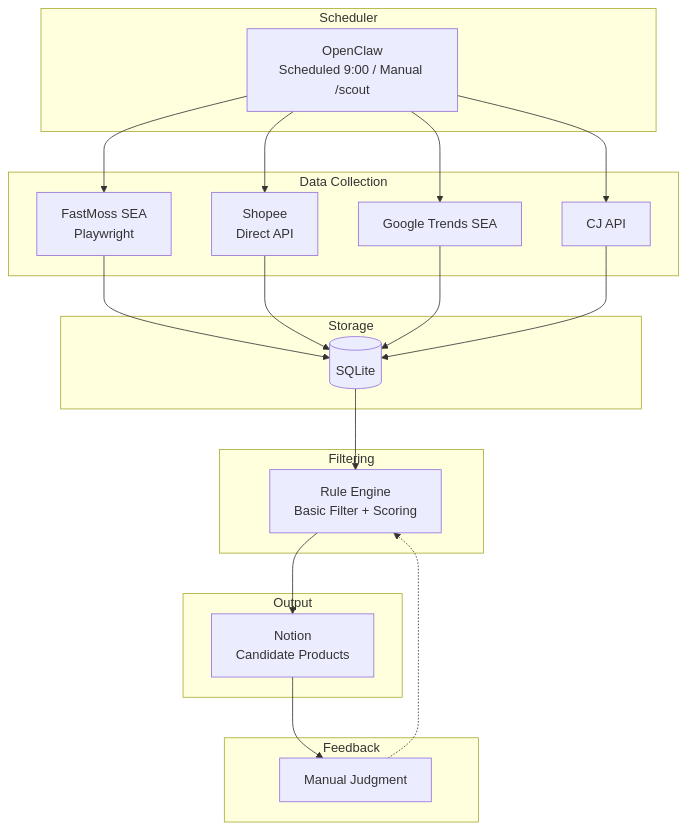
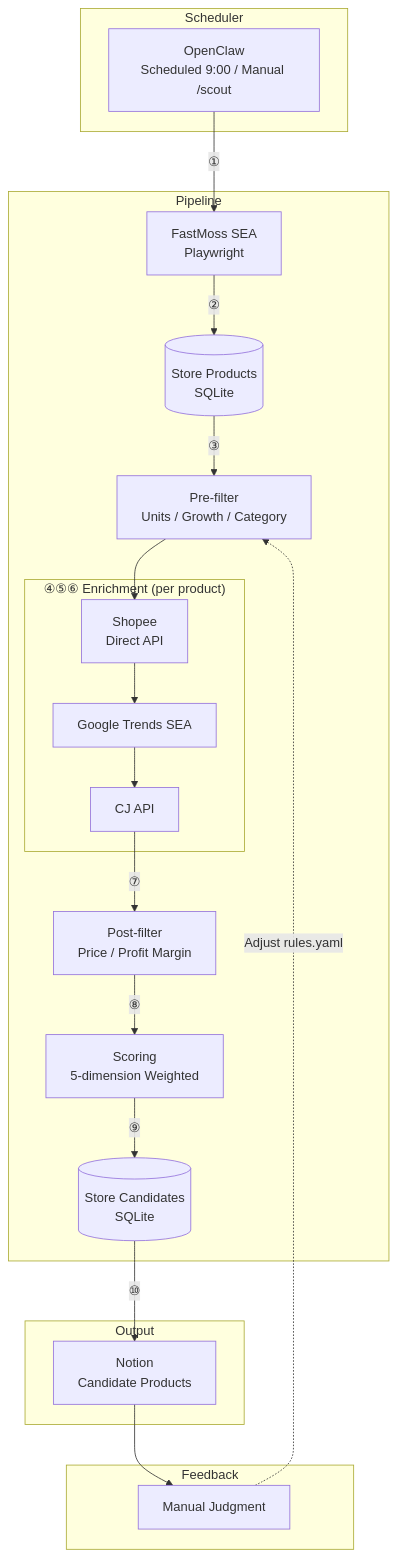
The diagram in docs/design.md (maoku-family/product-scout), drawn with Mermaid before and after one commit. The commit also changed other lines of this file, not shown here.

Commit message:
docs: finalize design.md simplification
- Merge architecture diagram and data flow into single numbered Mermaid chart (①-⑩)
- Merge Phase 2 + Phase 3 (implemented together in same PR)
- Remove Cost Estimate table (all free, no information value)

````diff
--- a/docs/design.md
+++ b/docs/design.md
@@ -13,33 +13,33 @@
 ```mermaid
 flowchart TB
     subgraph Scheduler
         A[OpenClaw<br/>Scheduled 9:00 / Manual /scout]
     end
 
-    subgraph Data Collection
-        A --> B1[FastMoss SEA<br/>Playwright]
-        A --> B2[Shopee<br/>Direct API]
-        A --> B3[Google Trends SEA]
-        A --> B4[CJ API]
-    end
+    subgraph Pipeline
+        A -->|"①"| B1[FastMoss SEA<br/>Playwright]
+        B1 -->|"②"| C1[(Store Products<br/>SQLite)]
+        C1 -->|"③"| D1[Pre-filter<br/>Units / Growth / Category]
 
-    subgraph Storage
-        B1 --> C[(SQLite)]
-        B2 --> C
-        B3 --> C
-        B4 --> C
-    end
+        subgraph Enrichment["④⑤⑥ Enrichment (per product)"]
+            E1[Shopee<br/>Direct API]
+            E2[Google Trends SEA]
+            E3[CJ API]
+            E1 --> E2 --> E3
+        end
 
-    subgraph Filtering
-        C --> D[Rule Engine<br/>Basic Filter + Scoring]
+        D1 --> E1
+        E3 -->|"⑦"| D2[Post-filter<br/>Price / Profit Margin]
+        D2 -->|"⑧"| S[Scoring<br/>5-dimension Weighted]
+        S -->|"⑨"| C2[(Store Candidates<br/>SQLite)]
     end
 
     subgraph Output
-        D --> F1[Notion<br/>Candidate Products]
+        C2 -->|"⑩"| F1[Notion<br/>Candidate Products]
     end
 
     subgraph Feedback
         F1 --> G[Manual Judgment]
-        G -.-> D
+        G -.->|Adjust rules.yaml| D1
     end
 ```
````
